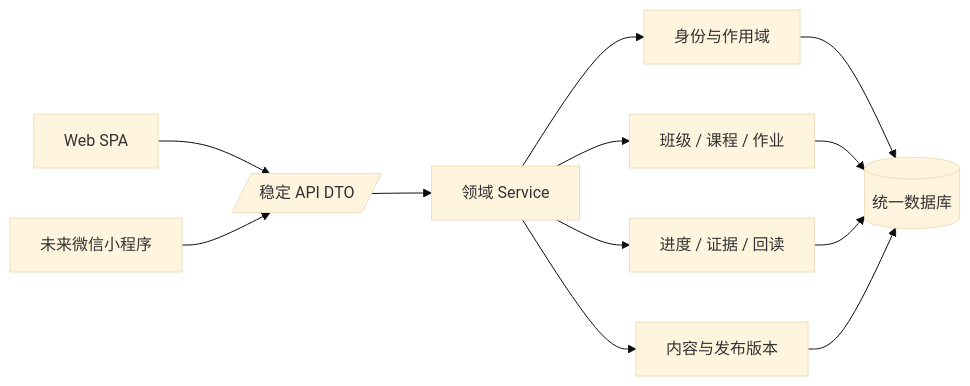
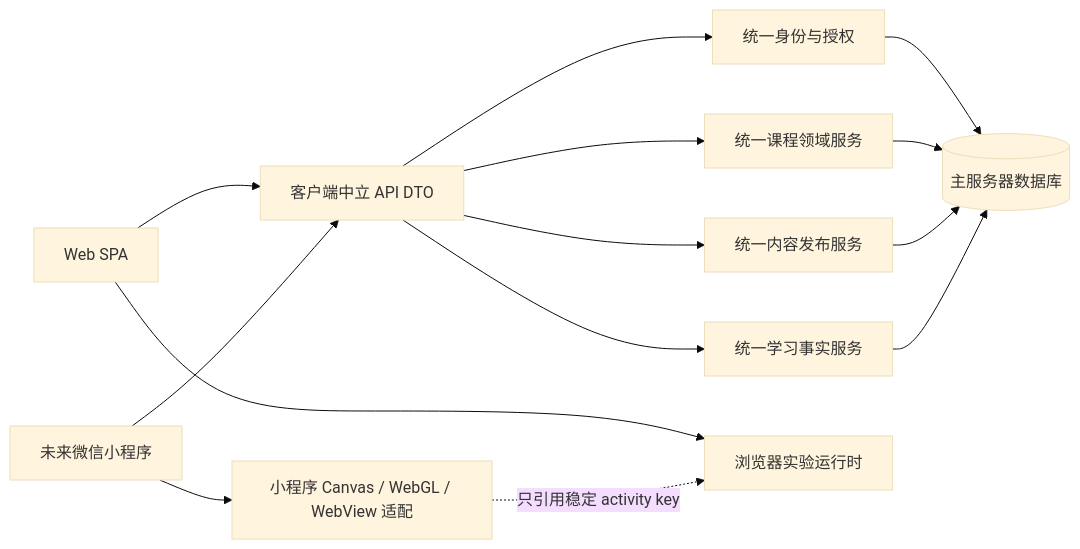
Diagram 12 of 13 in doc/02-更新规划.md (falling-feather/Astra), drawn with Mermaid (base theme) before and after one commit. The commit also changed other lines of this file and 11 other files, not shown here.

Commit message:
V8.3.3 DOC docs(planning): 重构课程闭环路线与目标 UML（DOC-003）

```diff
--- a/doc/02-更新规划.md
+++ b/doc/02-更新规划.md
@@ -373,14 +828,16 @@
 ~~~mermaid
 flowchart LR
-    WEB[Web SPA] --> DTO[/稳定 API DTO/]
+    WEB[Web SPA] --> DTO[客户端中立 API DTO]
     MINI[未来微信小程序] --> DTO
-    DTO --> SERVICE[领域 Service]
-    SERVICE --> ACCESS[身份与作用域]
-    SERVICE --> CLASS[班级 / 课程 / 作业]
-    SERVICE --> LEARN[进度 / 证据 / 回读]
-    SERVICE --> CONTENT[内容与发布版本]
-    ACCESS --> DB[(统一数据库)]
-    CLASS --> DB
+    DTO --> AUTH[统一身份与授权]
+    DTO --> COURSE[统一课程领域服务]
+    DTO --> CONTENT[统一内容发布服务]
+    DTO --> LEARN[统一学习事实服务]
+    AUTH --> DB[(主服务器数据库)]
+    COURSE --> DB
+    CONTENT --> DB
     LEARN --> DB
-    CONTENT --> DB
+    WEB --> WEBRUNTIME[浏览器实验运行时]
+    MINI --> ADAPTER[小程序 Canvas / WebGL / WebView 适配]
+    ADAPTER -. 只引用稳定 activity key .-> WEBRUNTIME
 ~~~
```
